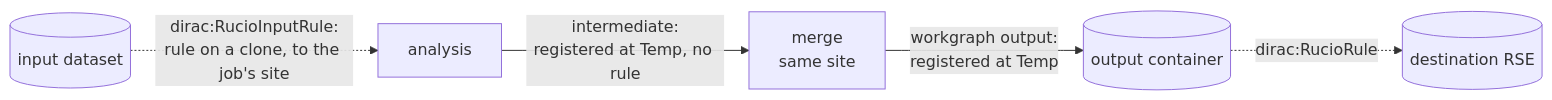
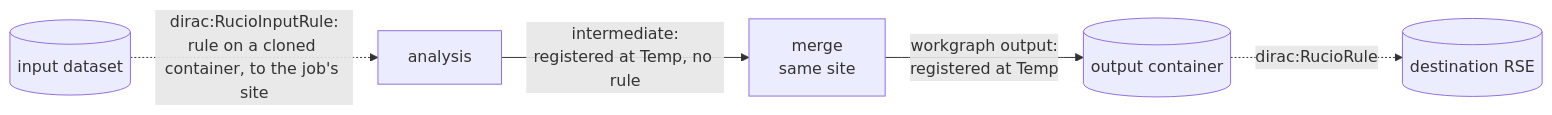
Before and after one commit to dciangot/diracx: the diagram in docs/adr/DX-ADR-010_rucio_data_management.md, drawn with Mermaid. The commit also changed other lines of this file and 2 other files, not shown here.

Commit message:
Docs: input rules on cloned containers, per-dataset monitoring (README, DX-ADR-010)

````diff
--- a/docs/adr/DX-ADR-010_rucio_data_management.md
+++ b/docs/adr/DX-ADR-010_rucio_data_management.md
@@ -231,7 +228,7 @@
 ```mermaid
 flowchart LR
-    In[(input dataset)] -. "dirac:RucioInputRule:<br/>rule on a clone, to the job's site" .-> A[analysis]
+    In[(input dataset)] -. "dirac:RucioInputRule:<br/>rule on a cloned container, to the job's site" .-> A[analysis]
     A -- "intermediate:<br/>registered at Temp, no rule" --> M[merge<br/>same site]
     M -- "workgraph output:<br/>registered at Temp" --> C[(output container)]
     C -. "dirac:RucioRule" .-> D[(destination RSE)]
 ```
````
